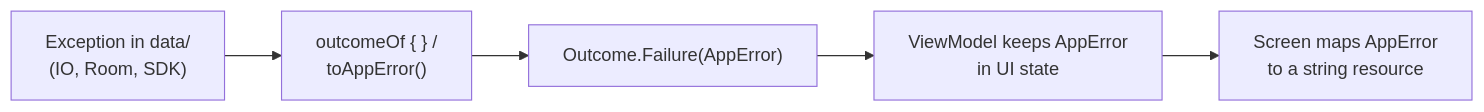
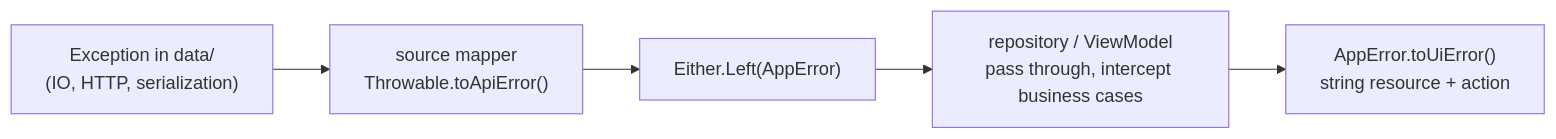
One commit to dthuy62/jobflow changed the fourth of 4 diagrams in android/docs/system-architecture.md. Above: the diagram before and after it, drawn with Mermaid. The commit also changed other lines of this file and 31 other files, not shown here.

````diff
--- a/android/docs/system-architecture.md
+++ b/android/docs/system-architecture.md
@@ -77,7 +95,7 @@
 ```mermaid
 flowchart LR
-    X["Exception in data/<br/>(IO, Room, SDK)"] --> O["outcomeOf { } /<br/>toAppError()"]
-    O --> F["Outcome.Failure(AppError)"]
-    F --> VM["ViewModel keeps AppError<br/>in UI state"]
-    VM --> UI["Screen maps AppError<br/>to a string resource"]
+    X["Exception in data/<br/>(IO, HTTP, serialization)"] --> M["source mapper<br/>Throwable.toApiError()"]
+    M --> L["Either.Left(AppError)"]
+    L --> P["repository / ViewModel<br/>pass through, intercept business cases"]
+    P --> U["AppError.toUiError()<br/>string resource + action"]
 ```
````
